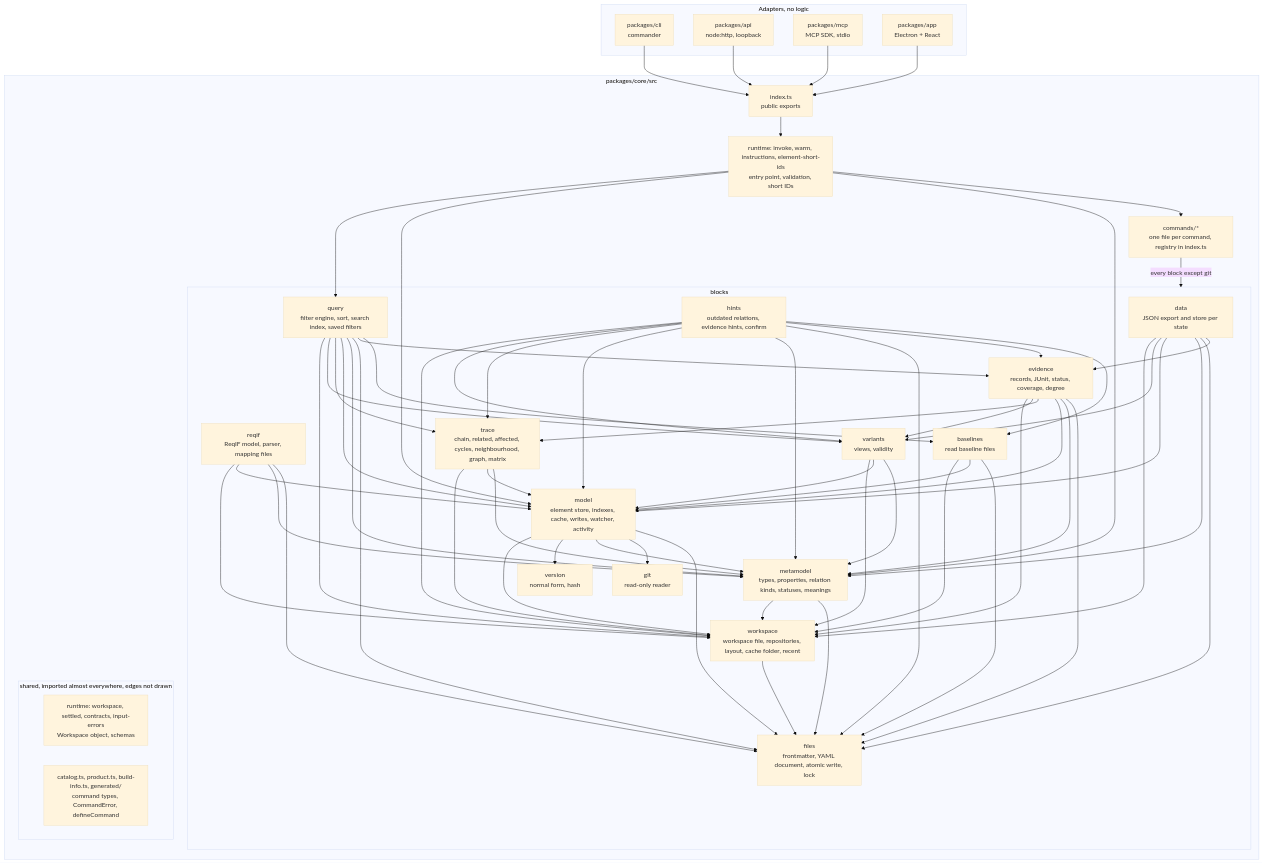
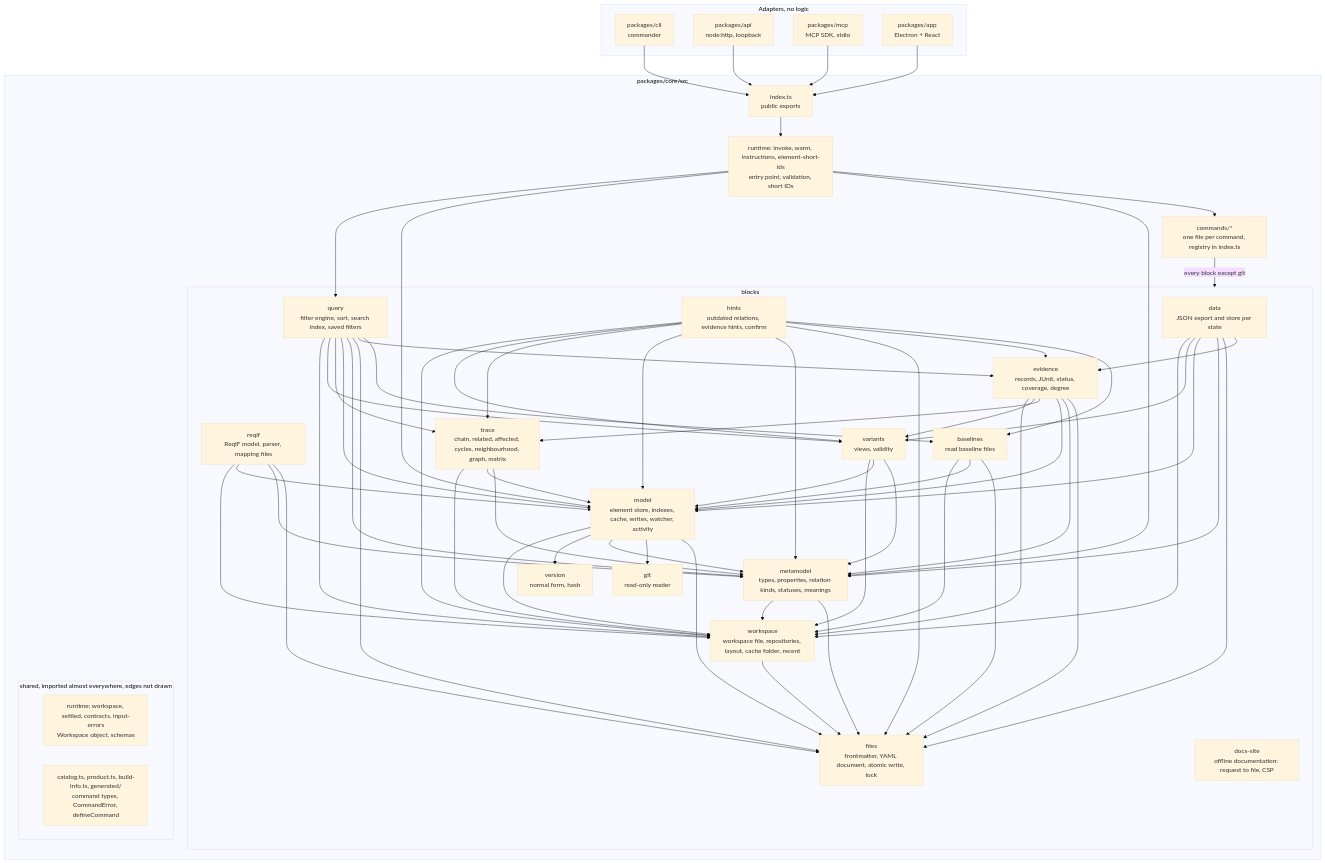
Before and after one commit to ThomasBirkmaier/ReqSeq: the second of 4 diagrams in docs/architecture/README.md, drawn with Mermaid (base theme). The commit also changed other lines of this file and 23 other files, not shown here.

````diff
--- a/docs/architecture/README.md
+++ b/docs/architecture/README.md
@@ -86,49 +86,50 @@
 ```mermaid
 flowchart TB
   subgraph adapters[Adapters, no logic]
     cli[packages/cli<br/>commander]
     api[packages/api<br/>node:http, loopback]
     mcp[packages/mcp<br/>MCP SDK, stdio]
     app[packages/app<br/>Electron + React]
   end
   subgraph core[packages/core/src]
     index[index.ts<br/>public exports]
     entry[runtime: invoke, warm, instructions, element-short-ids<br/>entry point, validation, short IDs]
     commands[commands/*<br/>one file per command, registry in index.ts]
     subgraph blocks[blocks]
       data[data<br/>JSON export and store per state]
       reqif[reqif<br/>ReqIF model, parser, mapping files]
       query[query<br/>filter engine, sort, search index, saved filters]
       hints[hints<br/>outdated relations, evidence hints, confirm]
       evidence[evidence<br/>records, JUnit, status, coverage, degree]
       trace[trace<br/>chain, related, affected, cycles, neighbourhood, graph, matrix]
       variants[variants<br/>views, validity]
       baselines[baselines<br/>read baseline files]
       model[model<br/>element store, indexes, cache, writes, watcher, activity]
       mm[metamodel<br/>types, properties, relation kinds, statuses, meanings]
       ws[workspace<br/>workspace file, repositories, layout, cache folder, recent]
       files[files<br/>frontmatter, YAML document, atomic write, lock]
       version[version<br/>normal form, hash]
       git[git<br/>read-only reader]
+      docs[docs-site<br/>offline documentation: request to file, CSP]
     end
     subgraph shared[shared, imported almost everywhere, edges not drawn]
       state[runtime: workspace, settled, contracts, input-errors<br/>Workspace object, schemas]
       catalog[catalog.ts, product.ts, build-info.ts, generated/<br/>command types, CommandError, defineCommand]
     end
   end
   cli & api & mcp & app --> index
   index --> entry
   entry --> commands & mm & model & query
   commands -->|every block except git| blocks
   data --> evidence & files & mm & model & variants & ws
   reqif --> files & mm & model & ws
   query --> baselines & evidence & files & mm & model & trace & variants & ws
   hints --> baselines & evidence & files & mm & model & trace & variants & ws
   evidence --> files & mm & model & trace & variants & ws
   trace --> mm & model & ws
   variants --> mm & model & ws
   baselines --> files & model & ws
   model --> files & git & mm & version & ws
   mm --> files & ws
   ws --> files
 ```
````
